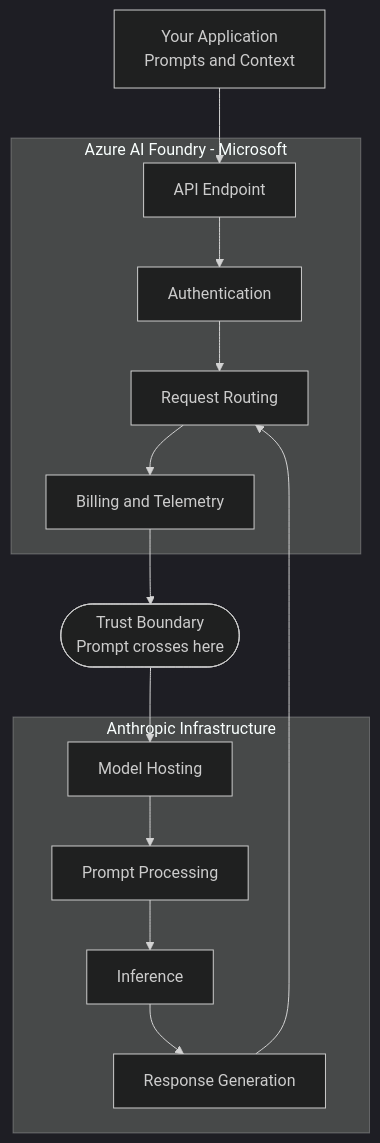
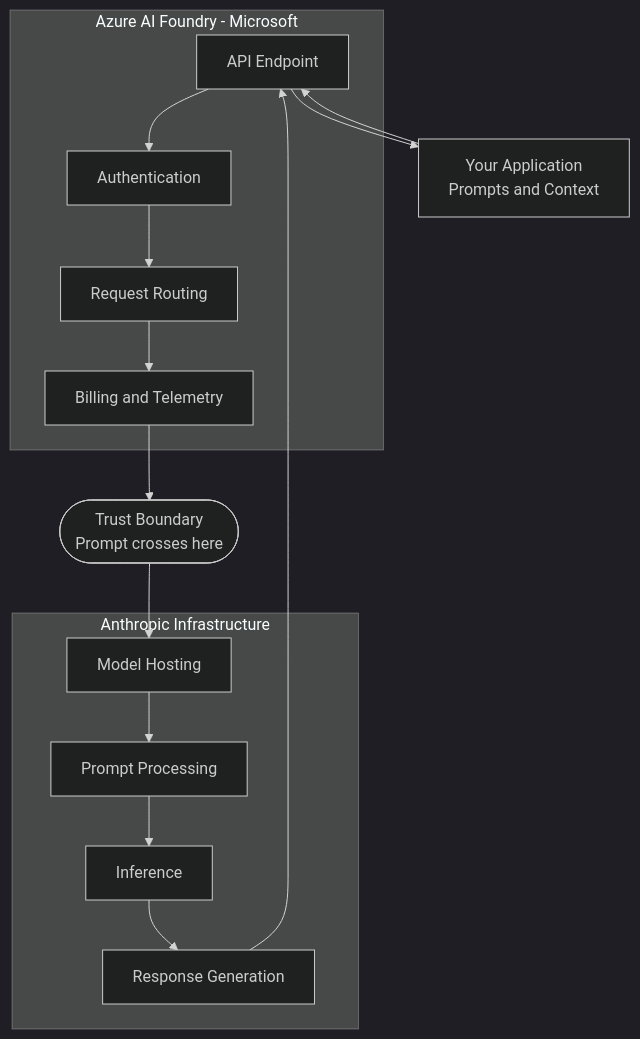
One commit to subodhpatil/suubodhpatil.github.io changed the second of 2 diagrams in _posts/2026-05-13-who-processes-the-data-ai-trust-boundary.md. Above: the diagram before and after it, drawn with Mermaid (dark theme). The commit also changed other lines of this file, not shown here.

````diff
--- a/_posts/2026-05-13-who-processes-the-data-ai-trust-boundary.md
+++ b/_posts/2026-05-13-who-processes-the-data-ai-trust-boundary.md
@@ -112,25 +116,26 @@
 ```mermaid
 flowchart TB
     subgraph CP["Azure AI Foundry - Microsoft"]
         B[API Endpoint]
         C[Authentication]
         D[Request Routing]
         E[Billing and Telemetry]
         B --> C --> D --> E
     end
 
     A["Your Application\nPrompts and Context"] --> B
     TB(["Trust Boundary\nPrompt crosses here"])
     E --> TB
 
     subgraph DP["Anthropic Infrastructure"]
         F[Model Hosting]
         G[Prompt Processing]
         H[Inference]
         I[Response Generation]
         F --> G --> H --> I
     end
 
     TB --> F
-    I --> D
+    I --> B
+    B --> A
 ```
````
